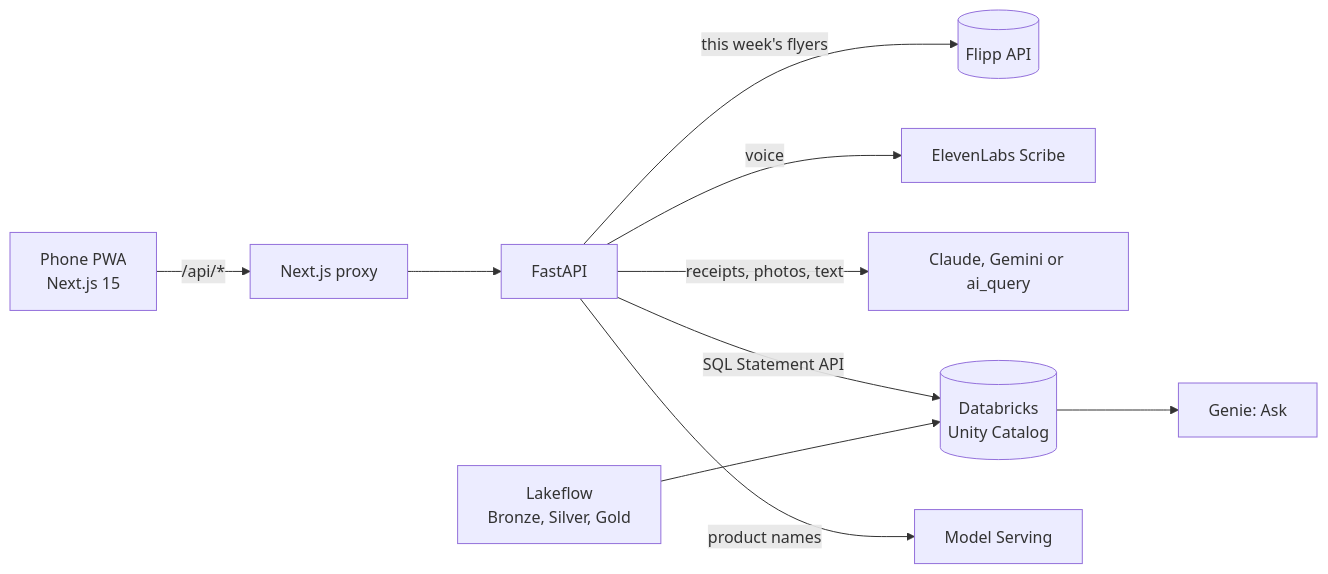
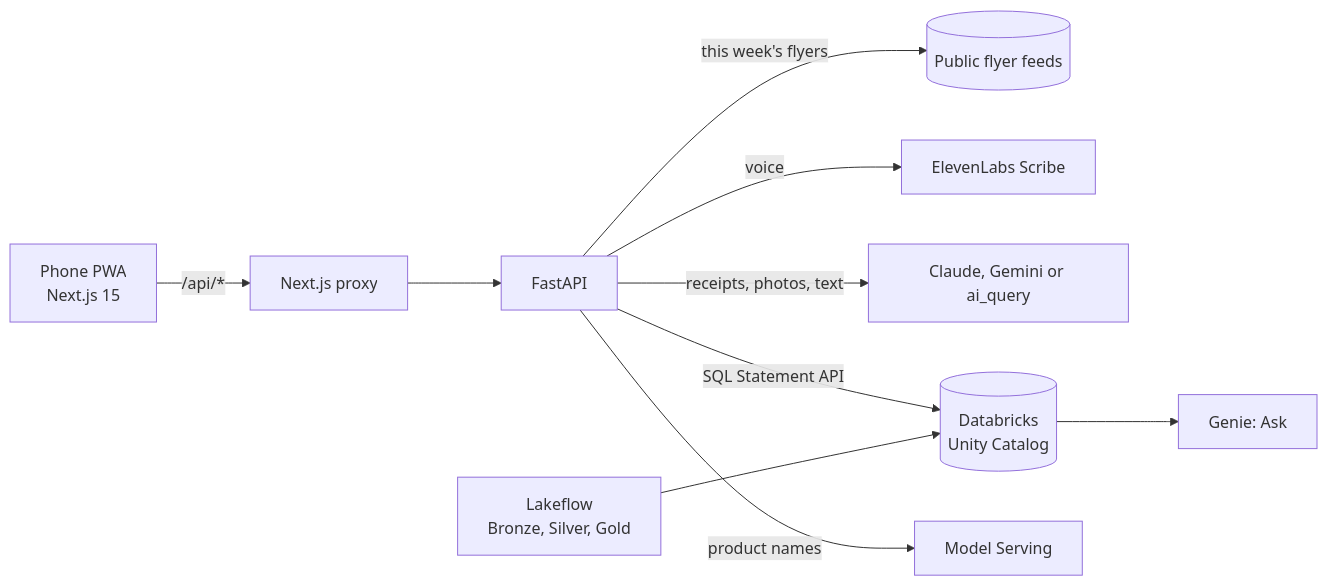
Before and after one commit to TahaSaiyed08/Savy: the diagram in README.md, drawn with Mermaid. The commit also changed other lines of this file and 4 other files, not shown here.

First line of the commit message:
README: describe the flyer data as public flyer feeds, without naming the provider

````diff
--- a/README.md
+++ b/README.md
@@ -181,12 +181,12 @@
 ```mermaid
 flowchart LR
   Phone["Phone PWA<br/>Next.js 15"] -->|"/api/*"| Proxy["Next.js proxy"]
   Proxy --> API["FastAPI"]
-  API -->|"this week's flyers"| Flipp[("Flipp API")]
+  API -->|"this week's flyers"| Flyers[("Public flyer feeds")]
   API -->|"voice"| Eleven["ElevenLabs Scribe"]
   API -->|"receipts, photos, text"| Extract["Claude, Gemini or ai_query"]
   API -->|"SQL Statement API"| UC[("Databricks<br/>Unity Catalog")]
   UC --> Genie["Genie: Ask"]
   API -->|"product names"| Serving["Model Serving"]
   Lakeflow["Lakeflow<br/>Bronze, Silver, Gold"] --> UC
 ```
````
